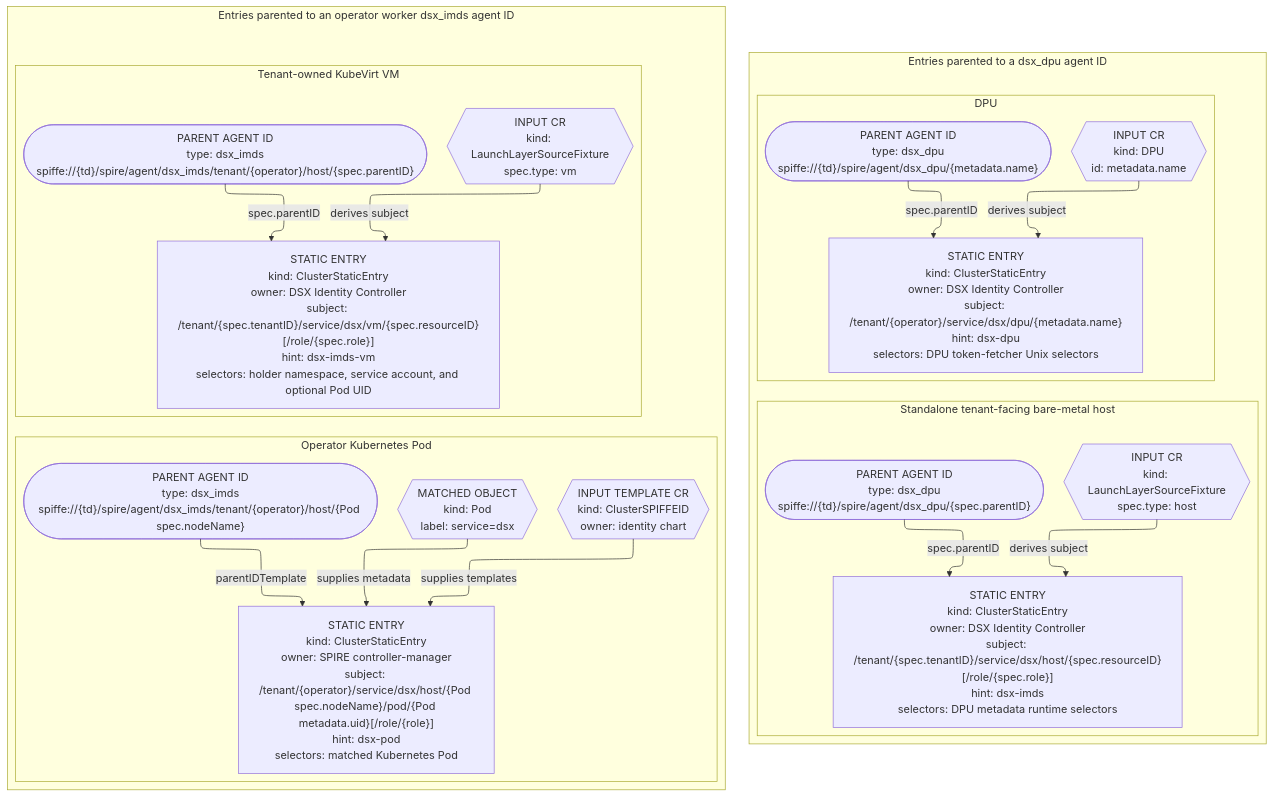
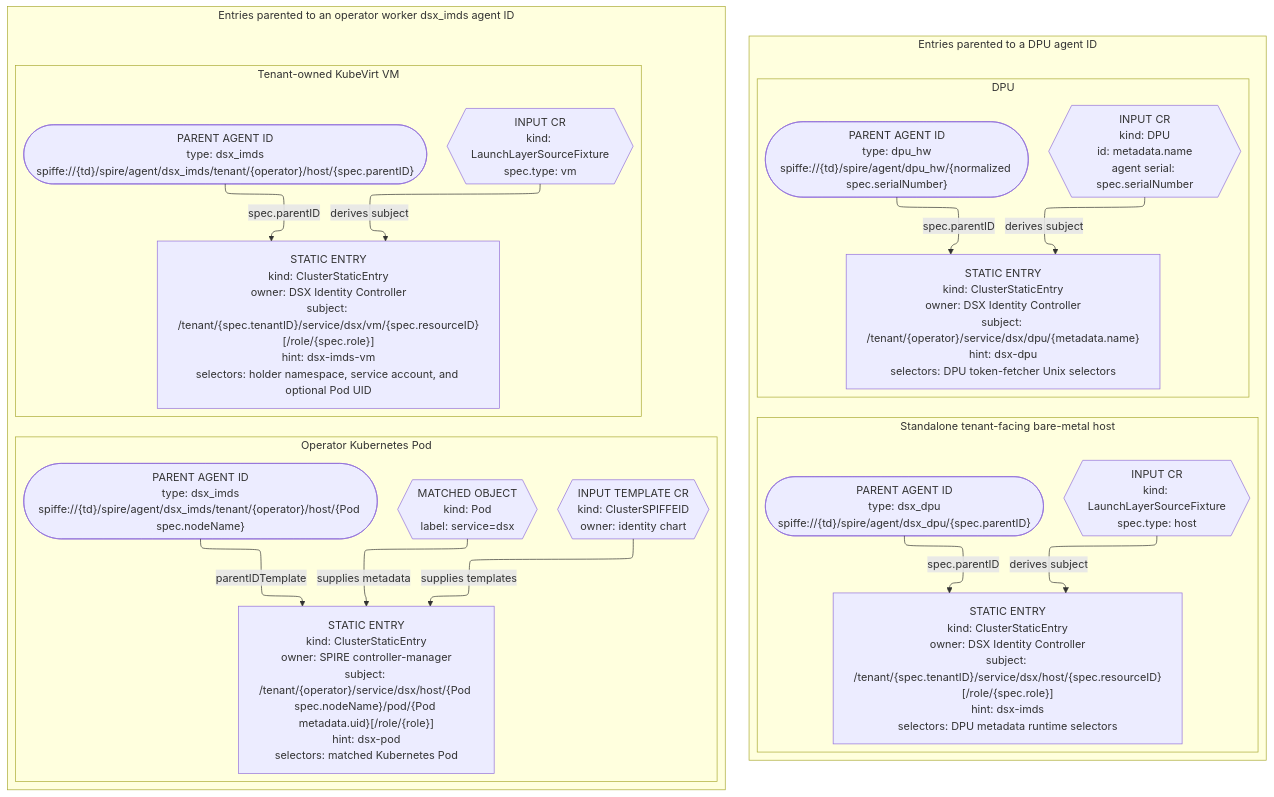
One commit to dsx-ai-factory/nvidia-workload-identity changed the third of 7 diagrams in README.md. Above: the diagram before and after it, drawn with Mermaid. The commit also changed other lines of this file and 18 other files, not shown here.

````diff
--- a/README.md
+++ b/README.md
@@ -266,50 +266,50 @@
 ```mermaid
 %%{init: {"flowchart": {"defaultRenderer": "elk"}, "elk": {"nodePlacementStrategy": "SIMPLE"}}}%%
 flowchart TB
 
-  subgraph DPUParented["Entries parented to a dsx_dpu agent ID"]
+  subgraph DPUParented["Entries parented to a DPU agent ID"]
     direction LR
 
     subgraph DPULane["DPU"]
       direction TB
-      DPUCR{{"INPUT CR<br/>kind: DPU<br/>id: metadata.name"}}
-      DPUParent(["PARENT AGENT ID<br/>type: dsx_dpu<br/>spiffe://{td}/spire/agent/dsx_dpu/{metadata.name}"])
+      DPUCR{{"INPUT CR<br/>kind: DPU<br/>id: metadata.name<br/>agent serial: spec.serialNumber"}}
+      DPUParent(["PARENT AGENT ID<br/>type: dpu_hw<br/>spiffe://{td}/spire/agent/dpu_hw/{normalized spec.serialNumber}"])
       DPUEntry["STATIC ENTRY<br/>kind: ClusterStaticEntry<br/>owner: DSX Identity Controller<br/>subject: /tenant/{operator}/service/dsx/dpu/{metadata.name}<br/>hint: dsx-dpu<br/>selectors: DPU token-fetcher Unix selectors"]
       DPUCR -->|"derives subject"| DPUEntry
       DPUParent -->|"spec.parentID"| DPUEntry
     end
 
     subgraph HostLane["Standalone tenant-facing bare-metal host"]
       direction TB
       HostSource{{"INPUT CR<br/>kind: LaunchLayerSourceFixture<br/>spec.type: host"}}
       HostParent(["PARENT AGENT ID<br/>type: dsx_dpu<br/>spiffe://{td}/spire/agent/dsx_dpu/{spec.parentID}"])
       HostEntry["STATIC ENTRY<br/>kind: ClusterStaticEntry<br/>owner: DSX Identity Controller<br/>subject: /tenant/{spec.tenantID}/service/dsx/host/{spec.resourceID}[/role/{spec.role}]<br/>hint: dsx-imds<br/>selectors: DPU metadata runtime selectors"]
       HostSource -->|"derives subject"| HostEntry
       HostParent -->|"spec.parentID"| HostEntry
     end
   end
 
   subgraph HostParented["Entries parented to an operator worker dsx_imds agent ID"]
     direction LR
 
     subgraph PodLane["Operator Kubernetes Pod"]
       direction TB
       PodTemplate{{"INPUT TEMPLATE CR<br/>kind: ClusterSPIFFEID<br/>owner: identity chart"}}
       PodObject{{"MATCHED OBJECT<br/>kind: Pod<br/>label: service=dsx"}}
       PodParent(["PARENT AGENT ID<br/>type: dsx_imds<br/>spiffe://{td}/spire/agent/dsx_imds/tenant/{operator}/host/{Pod spec.nodeName}"])
       PodEntry["STATIC ENTRY<br/>kind: ClusterStaticEntry<br/>owner: SPIRE controller-manager<br/>subject: /tenant/{operator}/service/dsx/host/{Pod spec.nodeName}/pod/{Pod metadata.uid}[/role/{role}]<br/>hint: dsx-pod<br/>selectors: matched Kubernetes Pod"]
       PodTemplate -->|"supplies templates"| PodEntry
       PodObject -->|"supplies metadata"| PodEntry
       PodParent -->|"parentIDTemplate"| PodEntry
     end
 
     subgraph VMLane["Tenant-owned KubeVirt VM"]
       direction TB
       VMSource{{"INPUT CR<br/>kind: LaunchLayerSourceFixture<br/>spec.type: vm"}}
       VMParent(["PARENT AGENT ID<br/>type: dsx_imds<br/>spiffe://{td}/spire/agent/dsx_imds/tenant/{operator}/host/{spec.parentID}"])
       VMEntry["STATIC ENTRY<br/>kind: ClusterStaticEntry<br/>owner: DSX Identity Controller<br/>subject: /tenant/{spec.tenantID}/service/dsx/vm/{spec.resourceID}[/role/{spec.role}]<br/>hint: dsx-imds-vm<br/>selectors: holder namespace, service account, and optional Pod UID"]
       VMSource -->|"derives subject"| VMEntry
       VMParent -->|"spec.parentID"| VMEntry
     end
   end
 ```
````
